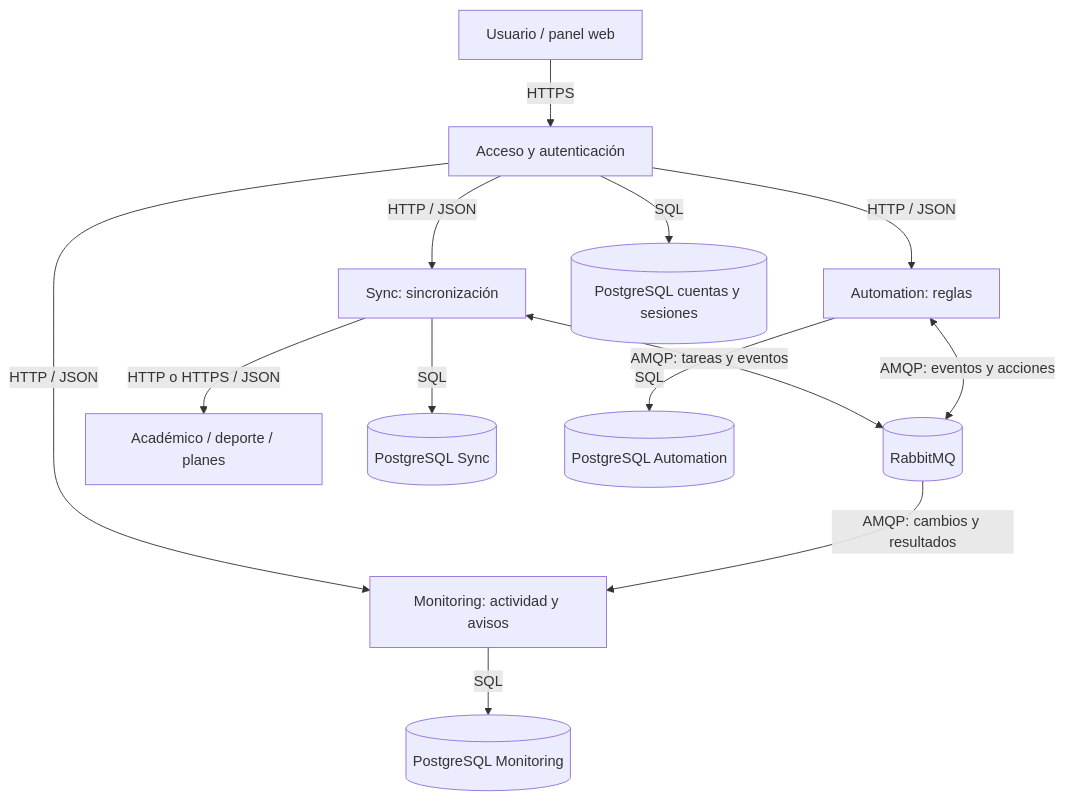
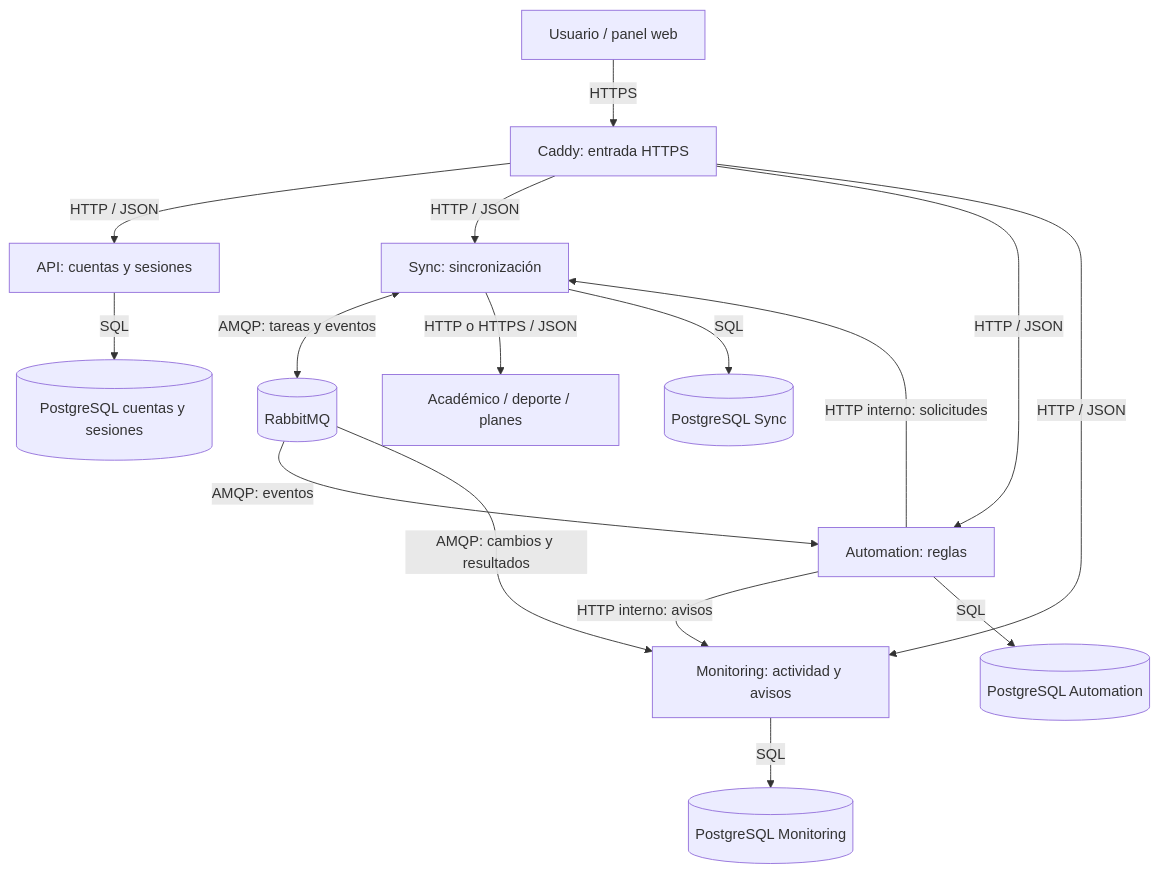
The second of 3 diagrams in README.md (jotace-18/Synkron), drawn with Mermaid before and after one commit. The commit also changed other lines of this file and 34 other files, not shown here.

````diff
--- a/README.md
+++ b/README.md
@@ -60,15 +60,18 @@
 ```mermaid
 flowchart TB
-    U["Usuario / panel web"] -->|HTTPS| API["Acceso y autenticación"]
-    API -->|HTTP / JSON| S["Sync: sincronización"]
-    API -->|HTTP / JSON| A["Automation: reglas"]
-    API -->|HTTP / JSON| M["Monitoring: actividad y avisos"]
+    U["Usuario / panel web"] -->|HTTPS| G["Caddy: entrada HTTPS"]
+    G -->|HTTP / JSON| API["API: cuentas y sesiones"]
+    G -->|HTTP / JSON| S["Sync: sincronización"]
+    G -->|HTTP / JSON| A["Automation: reglas"]
+    G -->|HTTP / JSON| M["Monitoring: actividad y avisos"]
     S <-->|AMQP: tareas y eventos| Q[(RabbitMQ)]
-    A <-->|AMQP: eventos y acciones| Q
+    Q -->|AMQP: eventos| A
     Q -->|AMQP: cambios y resultados| M
+    A -->|HTTP interno: solicitudes| S
+    A -->|HTTP interno: avisos| M
     S -->|HTTP o HTTPS / JSON| X["Académico / deporte / planes"]
     S -->|SQL| DS[(PostgreSQL Sync)]
     A -->|SQL| DA[(PostgreSQL Automation)]
     M -->|SQL| DM[(PostgreSQL Monitoring)]
     API -->|SQL| DU[(PostgreSQL cuentas y sesiones)]
 ```
````
